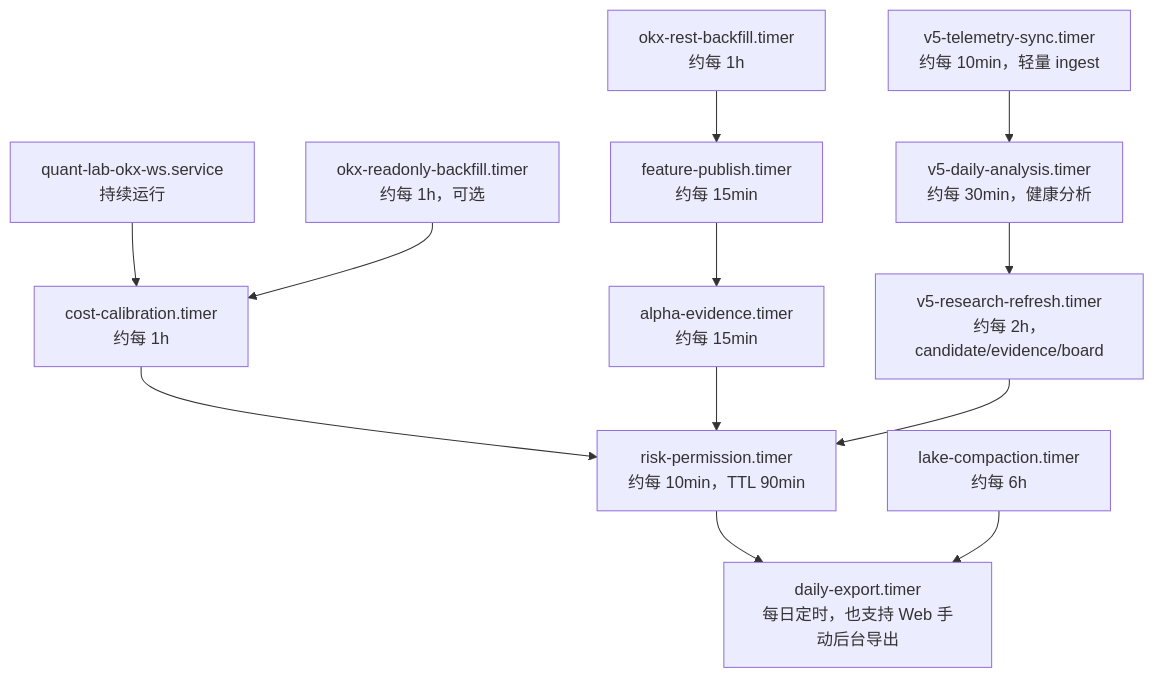
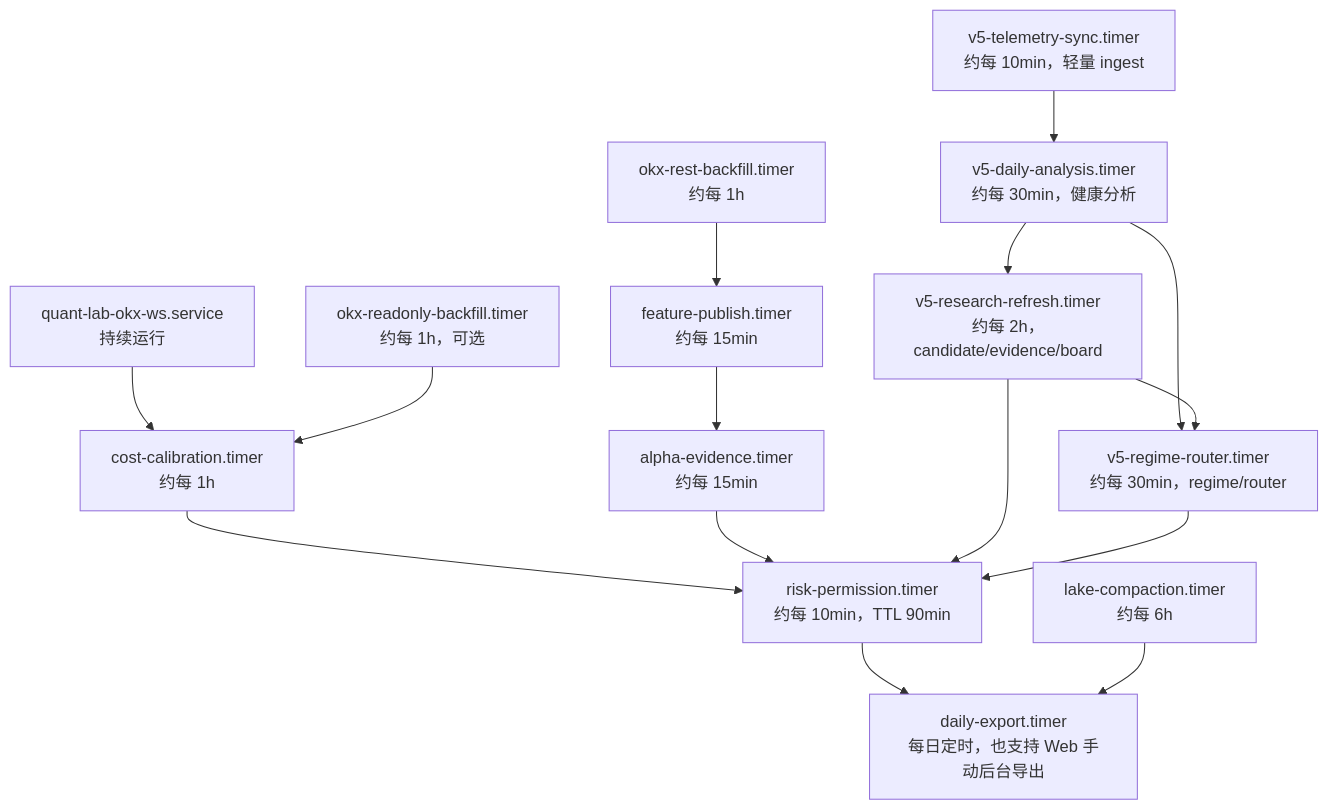
Before and after one commit to zhr2038/quant-lab: the third of 7 diagrams in README.md, drawn with Mermaid. The commit also changed other lines of this file and 9 other files, not shown here.

````diff
--- a/README.md
+++ b/README.md
@@ -277,25 +277,29 @@
 ```mermaid
 flowchart TD
     WS["quant-lab-okx-ws.service<br/>持续运行"]
     Rest["okx-rest-backfill.timer<br/>约每 1h"]
     Private["okx-readonly-backfill.timer<br/>约每 1h，可选"]
     V5Sync["v5-telemetry-sync.timer<br/>约每 10min，轻量 ingest"]
     V5Analysis["v5-daily-analysis.timer<br/>约每 30min，健康分析"]
     V5Research["v5-research-refresh.timer<br/>约每 2h，candidate/evidence/board"]
+    V5Regime["v5-regime-router.timer<br/>约每 30min，regime/router"]
     Cost["cost-calibration.timer<br/>约每 1h"]
     Feature["feature-publish.timer<br/>约每 15min"]
     Alpha["alpha-evidence.timer<br/>约每 15min"]
     Risk["risk-permission.timer<br/>约每 10min，TTL 90min"]
     Export["daily-export.timer<br/>每日定时，也支持 Web 手动后台导出"]
     Compact["lake-compaction.timer<br/>约每 6h"]
 
     WS --> Cost
     Rest --> Feature
     Private --> Cost
     V5Sync --> V5Analysis --> V5Research
+    V5Analysis --> V5Regime
+    V5Research --> V5Regime
     Cost --> Risk
     Feature --> Alpha --> Risk
     V5Research --> Risk
+    V5Regime --> Risk
     Risk --> Export
     Compact --> Export
 ```
````
